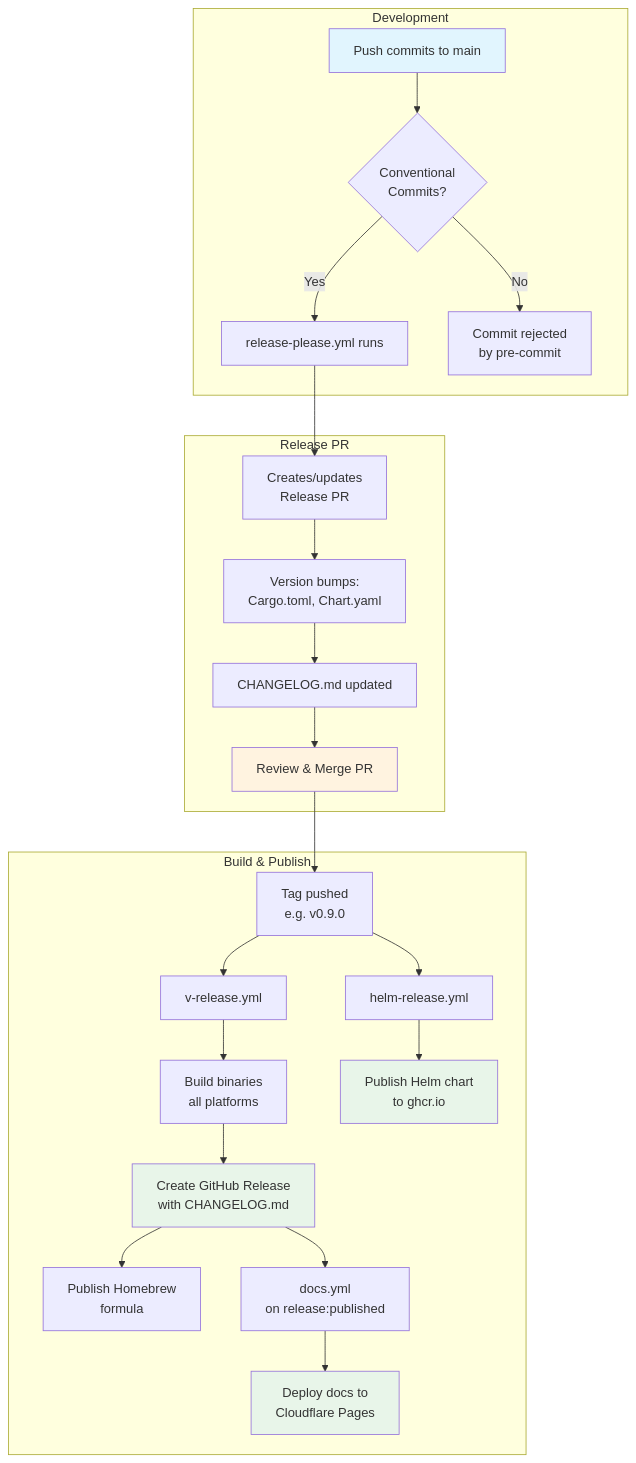
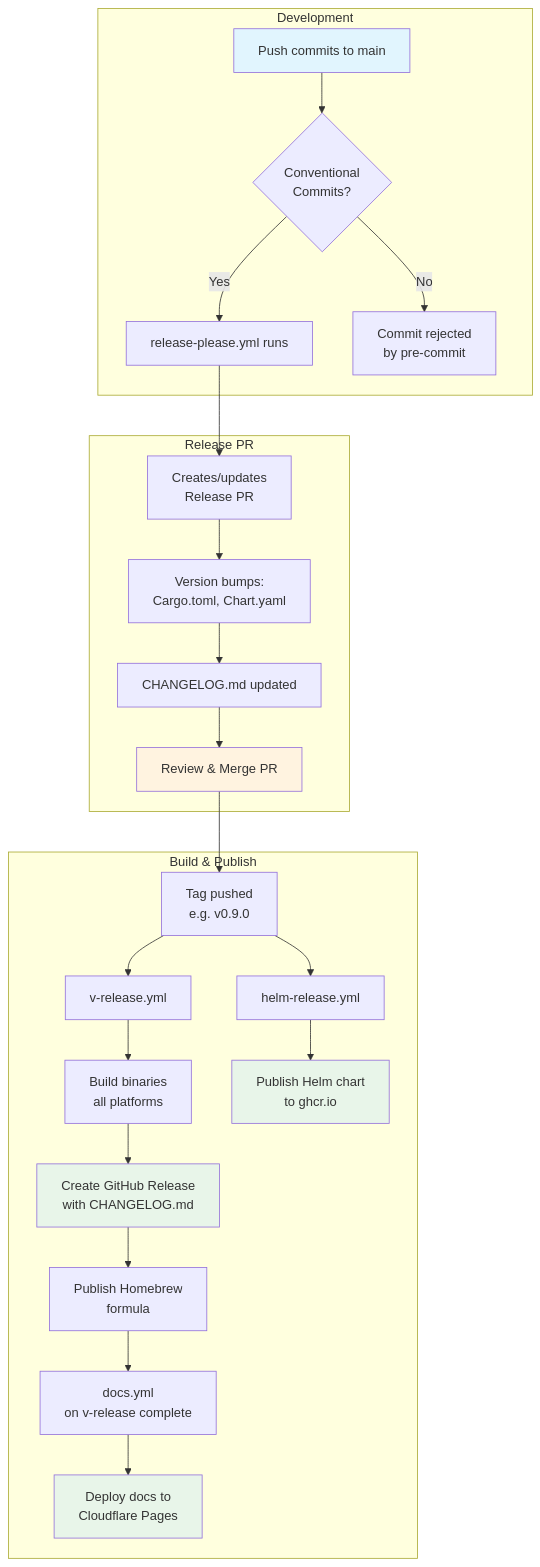
The diagram in docs/contributing/releasing.md (fzymgc-house/router-hosts), drawn with Mermaid before and after one commit. The commit also changed 4 other files, not shown here.

````diff
--- a/docs/contributing/releasing.md
+++ b/docs/contributing/releasing.md
@@ -14,36 +14,36 @@
 ```mermaid
 flowchart TD
     subgraph "Development"
         A[Push commits to main] --> B{Conventional<br/>Commits?}
         B -->|Yes| C[release-please.yml runs]
         B -->|No| D[Commit rejected<br/>by pre-commit]
     end
 
     subgraph "Release PR"
         C --> E[Creates/updates<br/>Release PR]
         E --> F[Version bumps:<br/>Cargo.toml, Chart.yaml]
         F --> G[CHANGELOG.md updated]
         G --> H[Review & Merge PR]
     end
 
     subgraph "Build & Publish"
         H --> I[Tag pushed<br/>e.g. v0.9.0]
         I --> J[v-release.yml]
         I --> K[helm-release.yml]
 
         J --> M[Build binaries<br/>all platforms]
         M --> N[Create GitHub Release<br/>with CHANGELOG.md]
         N --> O[Publish Homebrew<br/>formula]
-        N --> L[docs.yml<br/>on release:published]
 
         K --> P[Publish Helm chart<br/>to ghcr.io]
 
+        O --> L[docs.yml<br/>on v-release complete]
         L --> Q[Deploy docs to<br/>Cloudflare Pages]
     end
 
     style A fill:#e1f5fe
     style H fill:#fff3e0
     style N fill:#e8f5e9
     style P fill:#e8f5e9
     style Q fill:#e8f5e9
 ```
````
